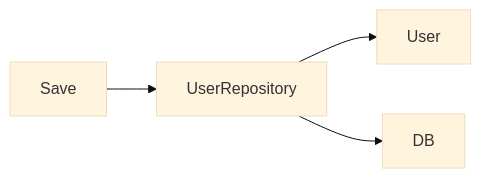
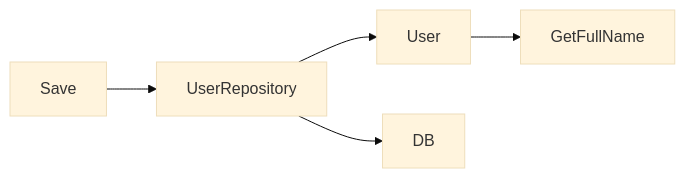
The diagram in 03 Coding/Design Patterns/SOLID principle.md (aruncs31s/Notes), drawn with Mermaid (base theme) before and after one commit. The commit also changed other lines of this file and 2 other files, not shown here.

````diff
--- a/03 Coding/Design Patterns/SOLID principle.md
+++ b/03 Coding/Design Patterns/SOLID principle.md
@@ -77,4 +77,5 @@
 ```mermaid
 graph LR 
 Save --> UserRepository --> User & DB 
+User --> GetFullName
 ```
````
